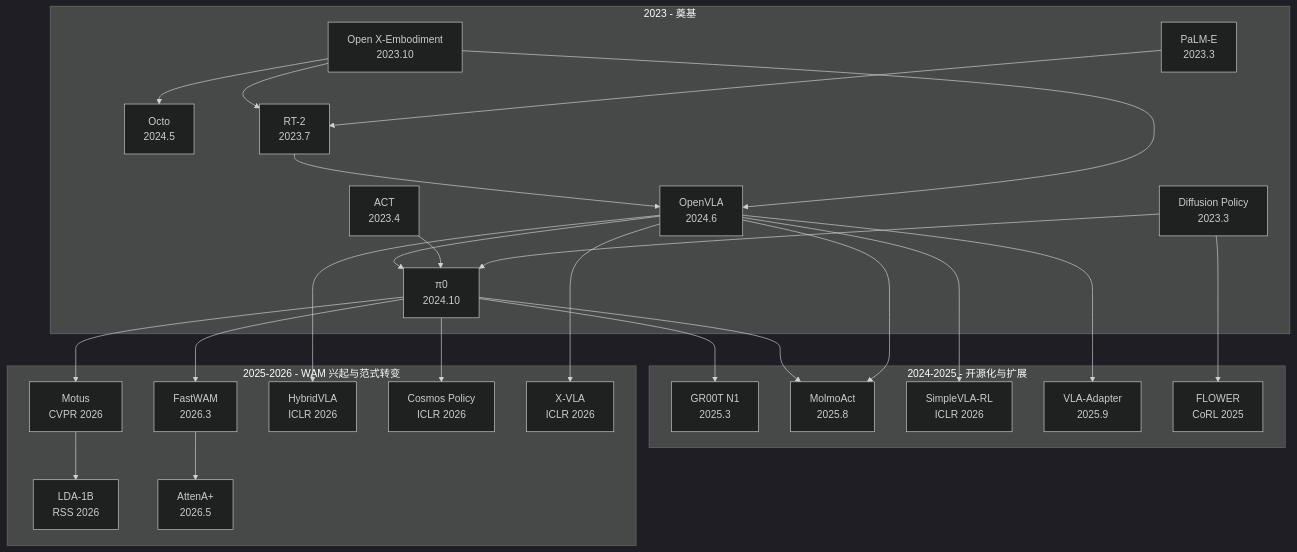
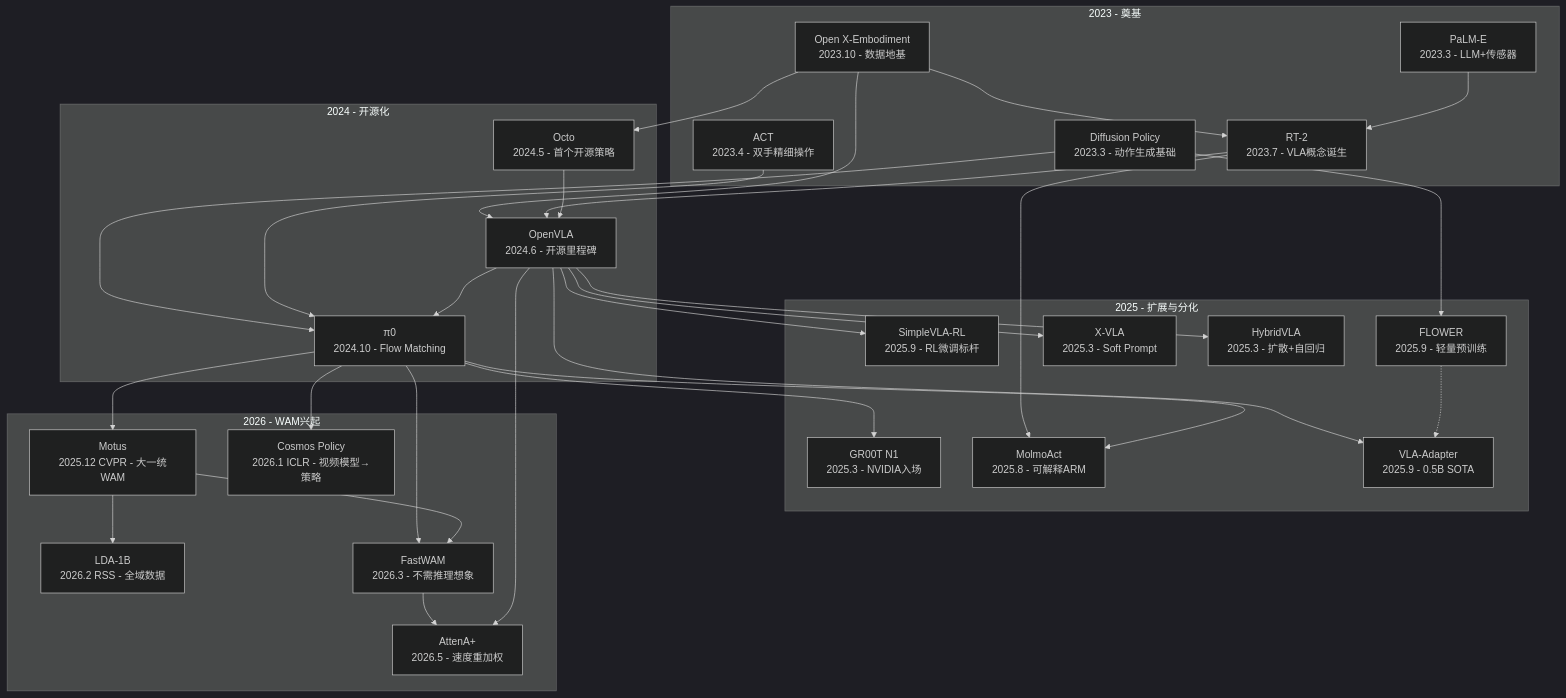
The diagram in 08_论文/VLA论文精讲.md (priceHE2002/Obsidian), drawn with Mermaid (dark theme) before and after one commit. The commit also changed other lines of this file, not shown here.

First line of the commit message:
重写 VLA 论文总览精讲：从163行扩展到1097行，新增学习建议与研究路线推荐

````diff
--- a/08_论文/VLA论文精讲.md
+++ b/08_论文/VLA论文精讲.md
@@ -48,32 +800,60 @@
 ```mermaid
 graph TD
     subgraph "2023 - 奠基"
-        OXE["Open X-Embodiment<br/>2023.10"] --> Octo["Octo<br/>2024.5"]
-        OXE --> OpenVLA["OpenVLA<br/>2024.6"]
-        PaLM_E["PaLM-E<br/>2023.3"] --> RT2["RT-2<br/>2023.7"]
-        OXE --> RT2
-        DP["Diffusion Policy<br/>2023.3"] --> Pi0["π0<br/>2024.10"]
-        ACT["ACT<br/>2023.4"] --> Pi0
-        RT2 --> OpenVLA
+        OXE["Open X-Embodiment<br/>2023.10 - 数据地基"]
+        PaLM_E["PaLM-E<br/>2023.3 - LLM+传感器"]
+        RT2["RT-2<br/>2023.7 - VLA概念诞生"]
+        DP["Diffusion Policy<br/>2023.3 - 动作生成基础"]
+        ACT["ACT<br/>2023.4 - 双手精细操作"]
     end
 
-    subgraph "2024-2025 - 开源化与扩展"
-        OpenVLA --> Pi0
-        Pi0 --> GR00T["GR00T N1<br/>2025.3"]
-        OpenVLA --> MolmoAct["MolmoAct<br/>2025.8"]
-        Pi0 --> MolmoAct
-        OpenVLA --> SimpleVLA["SimpleVLA-RL<br/>ICLR 2026"]
-        OpenVLA --> VLAAdapter["VLA-Adapter<br/>2025.9"]
-        DP --> Flower["FLOWER<br/>CoRL 2025"]
+    subgraph "2024 - 开源化"
+        Octo["Octo<br/>2024.5 - 首个开源策略"]
+        OpenVLA["OpenVLA<br/>2024.6 - 开源里程碑"]
+        Pi0["π0<br/>2024.10 - Flow Matching"]
     end
 
-    subgraph "2025-2026 - WAM 兴起与范式转变"
-        Pi0 --> Motus["Motus<br/>CVPR 2026"]
-        Pi0 --> FastWAM["FastWAM<br/>2026.3"]
-        OpenVLA --> HybridVLA["HybridVLA<br/>ICLR 2026"]
-        Pi0 --> CosmosPolicy["Cosmos Policy<br/>ICLR 2026"]
-        Motus --> LDA["LDA-1B<br/>RSS 2026"]
-        FastWAM --> AttenA["AttenA+<br/>2026.5"]
-        OpenVLA --> X-VLA["X-VLA<br/>ICLR 2026"]
+    subgraph "2025 - 扩展与分化"
+        GR00T["GR00T N1<br/>2025.3 - NVIDIA入场"]
+        MolmoAct["MolmoAct<br/>2025.8 - 可解释ARM"]
+        SimpleVLA["SimpleVLA-RL<br/>2025.9 - RL微调标杆"]
+        FLOWER["FLOWER<br/>2025.9 - 轻量预训练"]
+        X_VLA["X-VLA<br/>2025.3 - Soft Prompt"]
+        HybridVLA["HybridVLA<br/>2025.3 - 扩散+自回归"]
+        VLAAdapter["VLA-Adapter<br/>2025.9 - 0.5B SOTA"]
     end
+
+    subgraph "2026 - WAM兴起"
+        Motus["Motus<br/>2025.12 CVPR - 大一统WAM"]
+        CosmosPolicy["Cosmos Policy<br/>2026.1 ICLR - 视频模型→策略"]
+        LDA["LDA-1B<br/>2026.2 RSS - 全域数据"]
+        FastWAM["FastWAM<br/>2026.3 - 不需推理想象"]
+        AttenA["AttenA+<br/>2026.5 - 速度重加权"]
+    end
+
+    OXE --> Octo
+    OXE --> OpenVLA
+    OXE --> RT2
+    PaLM_E --> RT2
+    RT2 --> OpenVLA
+    RT2 --> MolmoAct
+    DP --> Pi0
+    ACT --> Pi0
+    Octo --> OpenVLA
+    OpenVLA --> Pi0
+    OpenVLA --> SimpleVLA
+    OpenVLA --> VLAAdapter
+    OpenVLA --> HybridVLA
+    OpenVLA --> X_VLA
+    Pi0 --> GR00T
+    Pi0 --> Motus
+    Pi0 --> FastWAM
+    Pi0 --> CosmosPolicy
+    Pi0 --> MolmoAct
+    DP --> FLOWER
+    FLOWER -.-> VLAAdapter
+    Motus --> LDA
+    Motus --> FastWAM
+    FastWAM --> AttenA
+    OpenVLA --> AttenA
 ```
````
